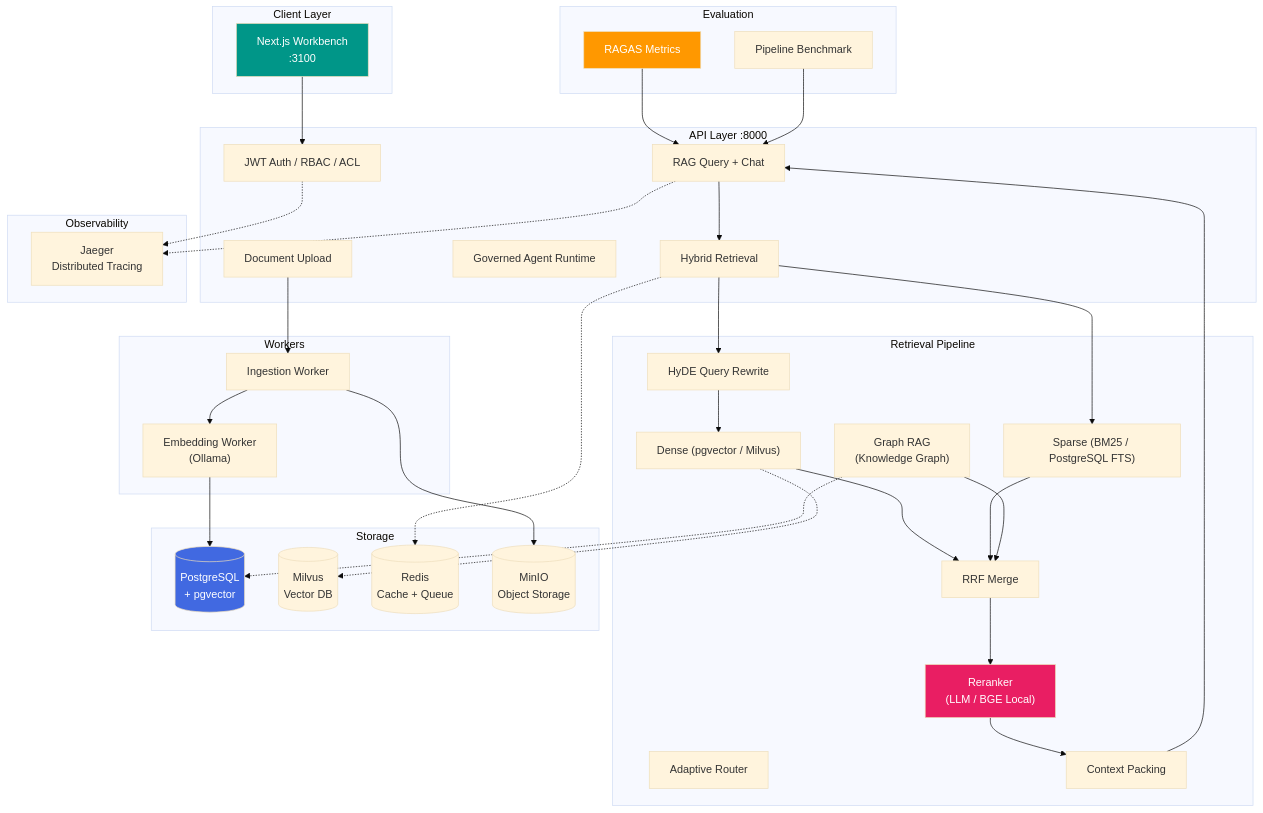
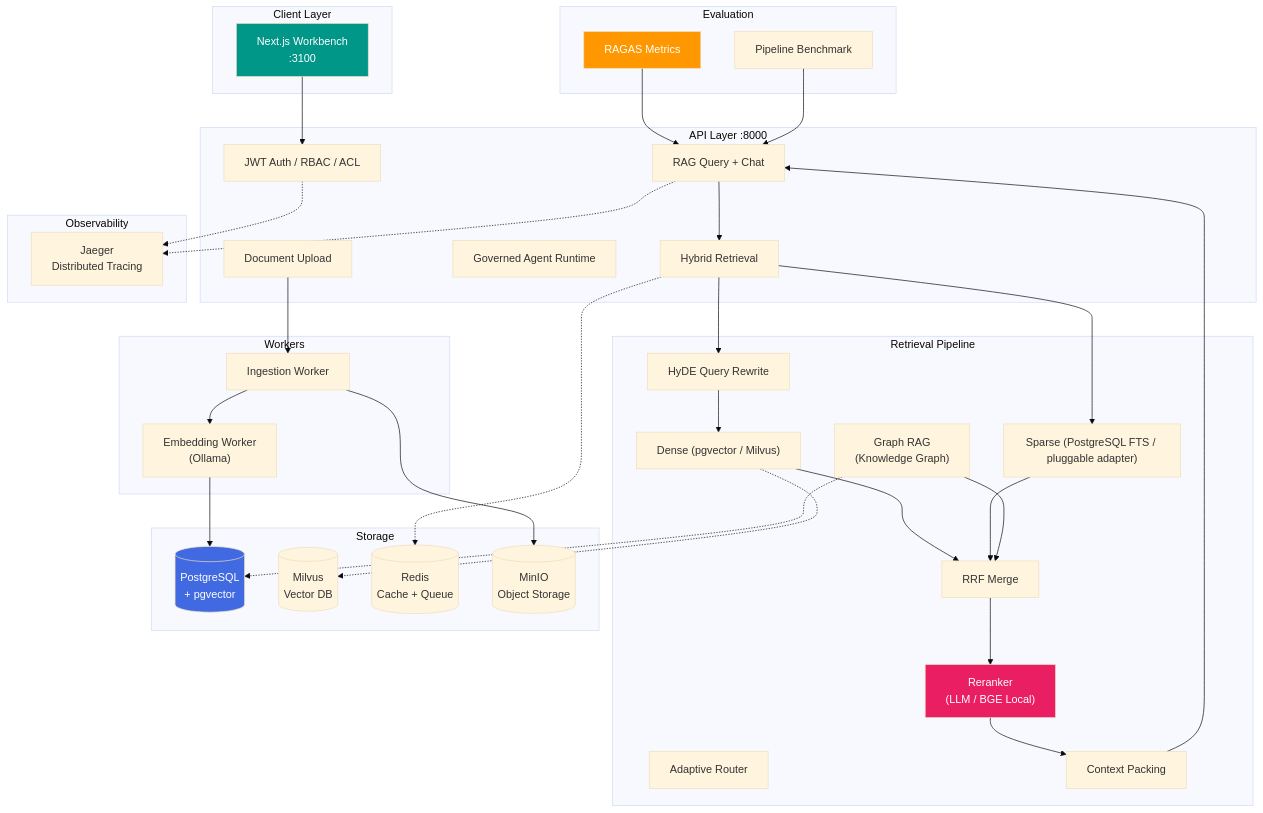
One commit to chyinan/AegisRAG changed the diagram in README.md. Above: the diagram before and after it, drawn with Mermaid (base theme). The commit also changed other lines of this file and 11 other files, not shown here.

````diff
--- a/README.md
+++ b/README.md
@@ -49,71 +49,71 @@
 ```mermaid
 graph TB
     subgraph "Client Layer"
         Web["Next.js Workbench<br/>:3100"]
     end
 
     subgraph "API Layer :8000"
         Auth["JWT Auth / RBAC / ACL"]
         Upload["Document Upload"]
         Query["RAG Query + Chat"]
         Agent["Governed Agent Runtime"]
         Retrieve["Hybrid Retrieval"]
     end
 
     subgraph "Retrieval Pipeline"
         Rewrite["HyDE Query Rewrite"]
         Route["Adaptive Router"]
         Dense["Dense (pgvector / Milvus)"]
-        Sparse["Sparse (BM25 / PostgreSQL FTS)"]
+        Sparse["Sparse (PostgreSQL FTS / pluggable adapter)"]
         Graph["Graph RAG<br/>(Knowledge Graph)"]
         RRF["RRF Merge"]
         Rerank["Reranker<br/>(LLM / BGE Local)"]
         Pack["Context Packing"]
     end
 
     subgraph "Storage"
         PG[("PostgreSQL<br/>+ pgvector")]
         Milvus[("Milvus<br/>Vector DB")]
         Redis[("Redis<br/>Cache + Queue")]
         MinIO[("MinIO<br/>Object Storage")]
     end
 
     subgraph "Workers"
         Ingestion["Ingestion Worker"]
         Embedding["Embedding Worker<br/>(Ollama)"]
     end
 
     subgraph "Evaluation"
         RAGAS["RAGAS Metrics"]
         Benchmark["Pipeline Benchmark"]
     end
 
     subgraph "Observability"
         Jaeger["Jaeger<br/>Distributed Tracing"]
     end
 
     Web --> Auth
     Upload --> Ingestion
     Ingestion --> MinIO
     Ingestion --> Embedding
     Embedding --> PG
     Query --> Retrieve
     Retrieve --> Rewrite --> Dense
     Retrieve --> Sparse
     Dense --> RRF
     Sparse --> RRF
     Graph --> RRF
     RRF --> Rerank --> Pack --> Query
     Retrieve -.-> Redis
     Dense -.-> Milvus
     Graph -.-> PG
     RAGAS --> Query
     Benchmark --> Query
     Auth -.-> Jaeger
     Query -.-> Jaeger
 
     style Web fill:#009688,color:#fff
     style Rerank fill:#e91e63,color:#fff
     style RAGAS fill:#ff9800,color:#fff
     style PG fill:#4169E1,color:#fff
 ```
````
